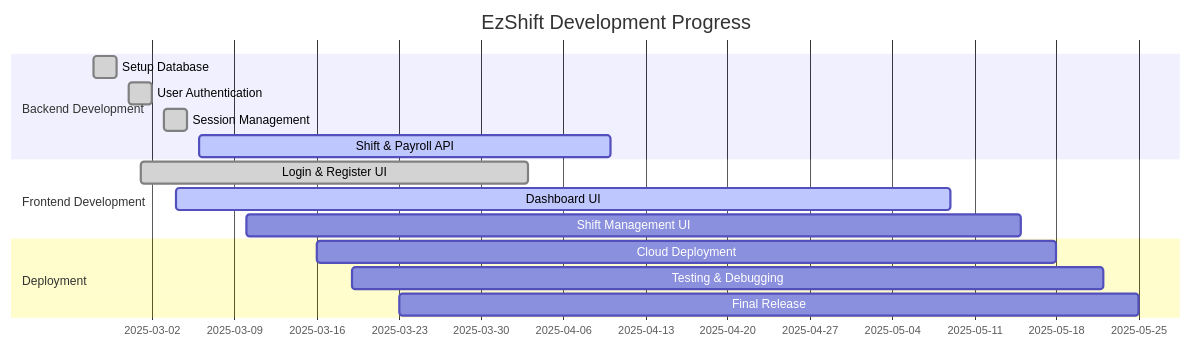
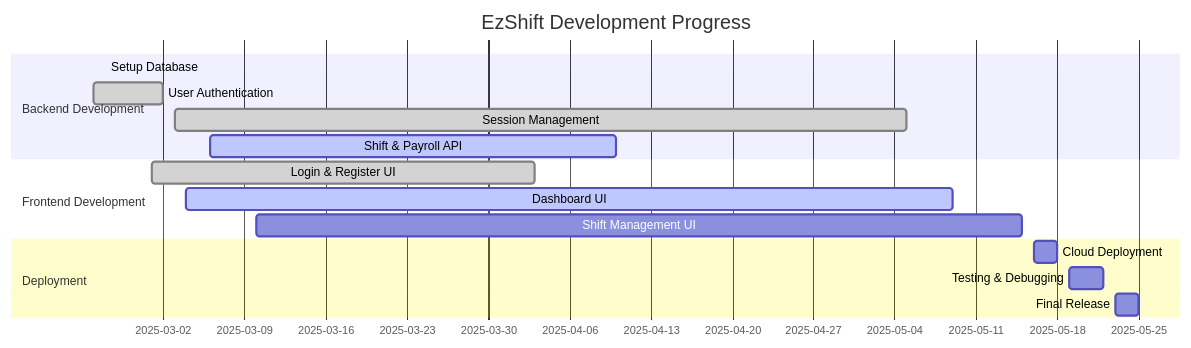
Before and after one commit to ZingZing001/EzShift: the diagram in README.md, drawn with Mermaid.

````diff
--- a/README.md
+++ b/README.md
@@ -41,18 +41,18 @@
 ```mermaid
 gantt
 title EzShift Development Progress
 dateFormat  YYYY-MM-DD
 section Backend Development
-Setup Database :done, des1, 2025-02-25, 2025-02-27
-User Authentication :done, des2, 2025-02-28, 2025-03-02
-Session Management :done, des3, 2025-03-03, 2025-03-05
+Setup Database :done, des1, 2025-02-25, 2025-02-30
+User Authentication :done, des2, 2025-02-24, 2025-03-02
+Session Management :done, des3, 2025-03-03, 2025-05-05
 Shift & Payroll API :active, des4, 2025-03-06, 2025-04-10
 section Frontend Development
 Login & Register UI :done, des5, 2025-03-01, 2025-04-03
 Dashboard UI :active, des6, 2025-03-04, 2025-05-09
 Shift Management UI : des7, 2025-03-10, 2025-05-15
 section Deployment
-Cloud Deployment : des8, 2025-03-16, 2025-05-18
-Testing & Debugging : des9, 2025-03-19, 2025-05-22
-Final Release : des10, 2025-03-23, 2025-05-25
+Cloud Deployment : des8, 2025-05-16, 2025-05-18
+Testing & Debugging : des9, 2025-05-19, 2025-05-22
+Final Release : des10, 2025-05-23, 2025-05-25
 ```
````
